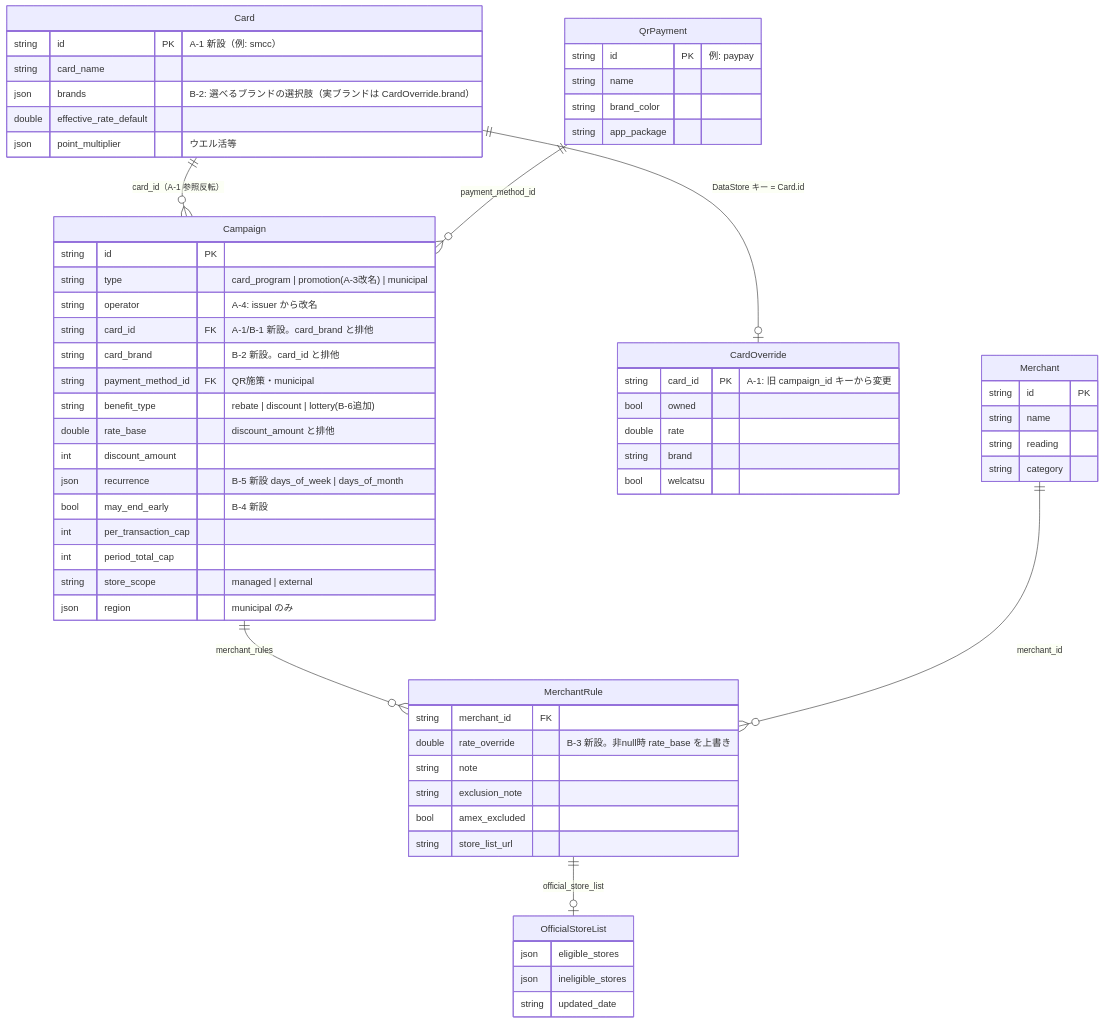
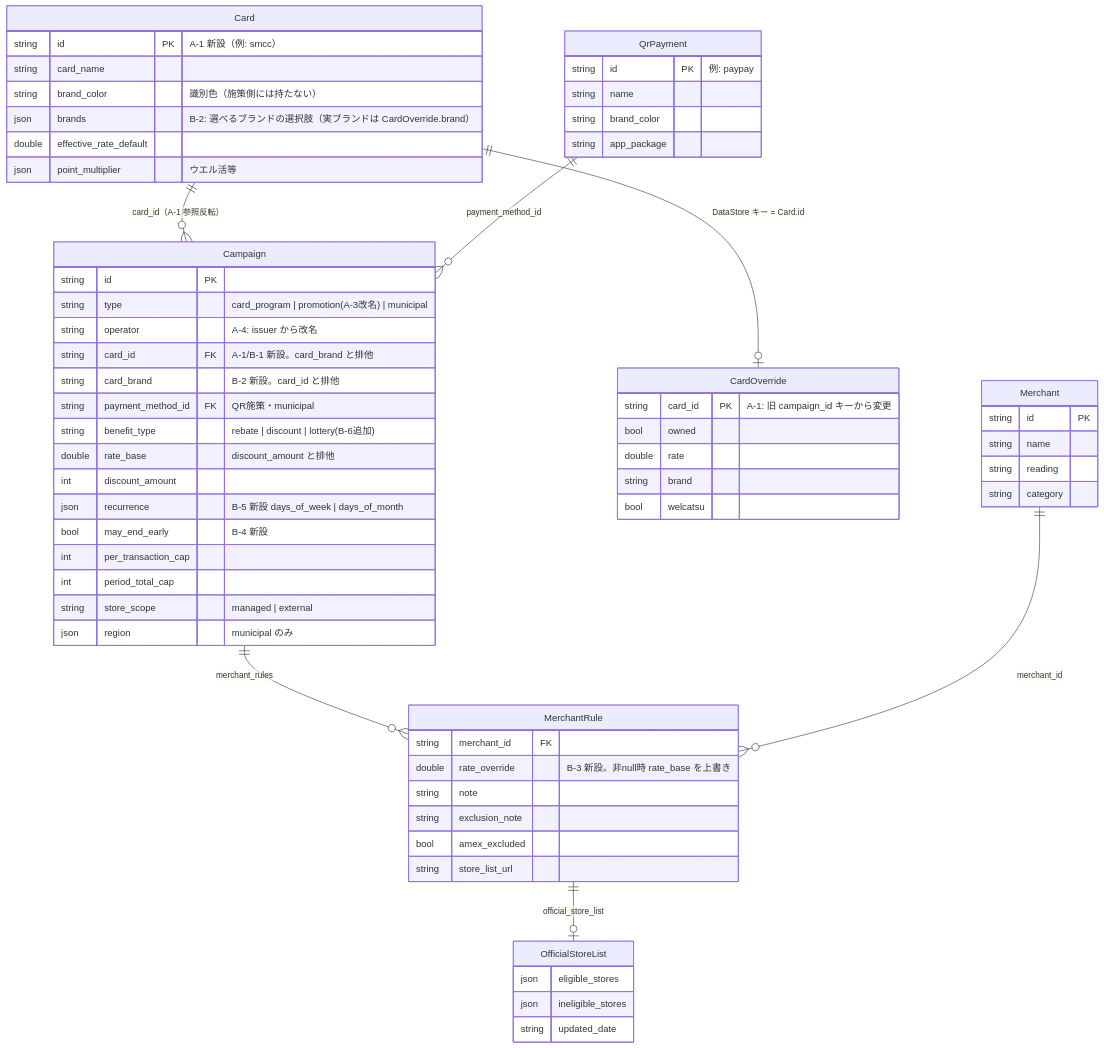
One commit to ktakjm/poikatsu changed the diagram in docs/schema-refresh-plan.md. Above: the diagram before and after it, drawn with Mermaid. The commit also changed other lines of this file and 16 other files, not shown here.

````diff
--- a/docs/schema-refresh-plan.md
+++ b/docs/schema-refresh-plan.md
@@ -73,66 +75,67 @@
 ```mermaid
 erDiagram
     Card ||--o{ Campaign : "card_id（A-1 参照反転）"
     QrPayment ||--o{ Campaign : "payment_method_id"
     Card ||--o| CardOverride : "DataStore キー = Card.id"
     Campaign ||--o{ MerchantRule : "merchant_rules"
     Merchant ||--o{ MerchantRule : "merchant_id"
     MerchantRule ||--o| OfficialStoreList : "official_store_list"
 
     Card {
         string id PK "A-1 新設（例: smcc）"
         string card_name
+        string brand_color "識別色（施策側には持たない）"
         json brands "B-2: 選べるブランドの選択肢（実ブランドは CardOverride.brand）"
         double effective_rate_default
         json point_multiplier "ウエル活等"
     }
     QrPayment {
         string id PK "例: paypay"
         string name
         string brand_color
         string app_package
     }
     CardOverride {
         string card_id PK "A-1: 旧 campaign_id キーから変更"
         bool owned
         double rate
         string brand
         bool welcatsu
     }
     Campaign {
         string id PK
         string type "card_program | promotion(A-3改名) | municipal"
         string operator "A-4: issuer から改名"
         string card_id FK "A-1/B-1 新設。card_brand と排他"
         string card_brand "B-2 新設。card_id と排他"
         string payment_method_id FK "QR施策・municipal"
         string benefit_type "rebate | discount | lottery(B-6追加)"
         double rate_base "discount_amount と排他"
         int discount_amount
         json recurrence "B-5 新設 days_of_week | days_of_month"
         bool may_end_early "B-4 新設"
         int per_transaction_cap
         int period_total_cap
         string store_scope "managed | external"
         json region "municipal のみ"
     }
     MerchantRule {
         string merchant_id FK
         double rate_override "B-3 新設。非null時 rate_base を上書き"
         string note
         string exclusion_note
         bool amex_excluded
         string store_list_url
     }
     Merchant {
         string id PK
         string name
         string reading
         string category
     }
     OfficialStoreList {
         json eligible_stores
         json ineligible_stores
         string updated_date
     }
 ```
````
